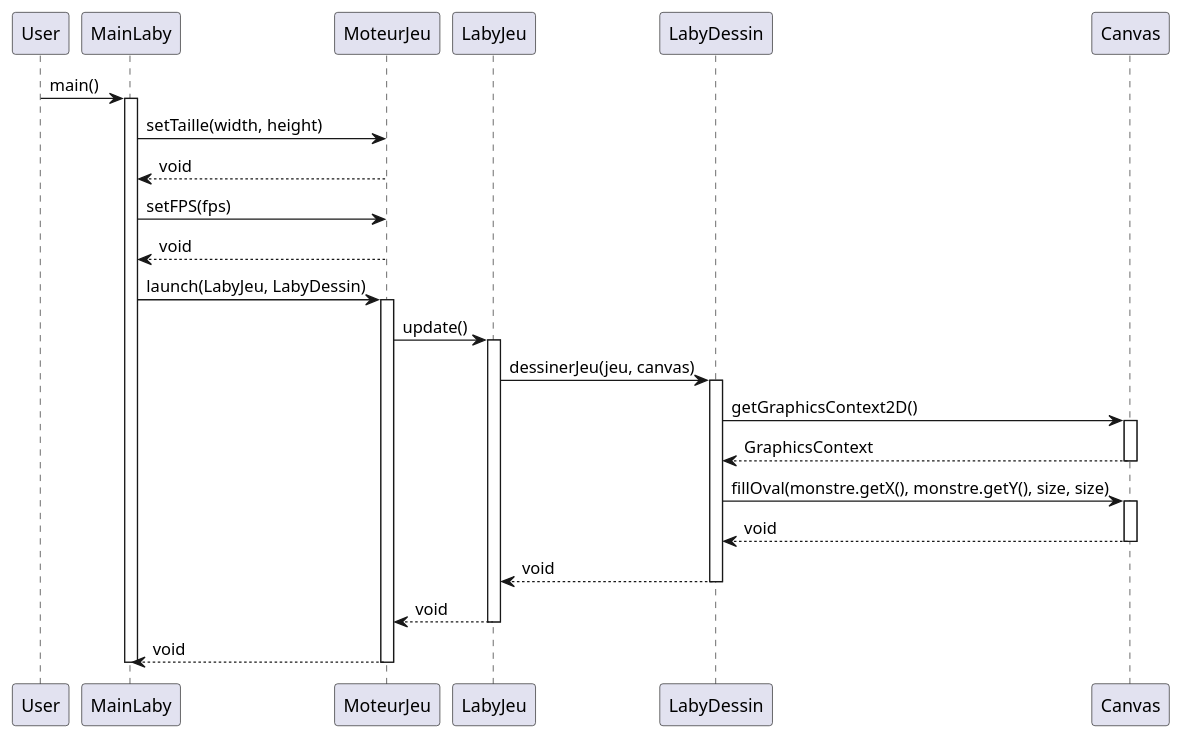
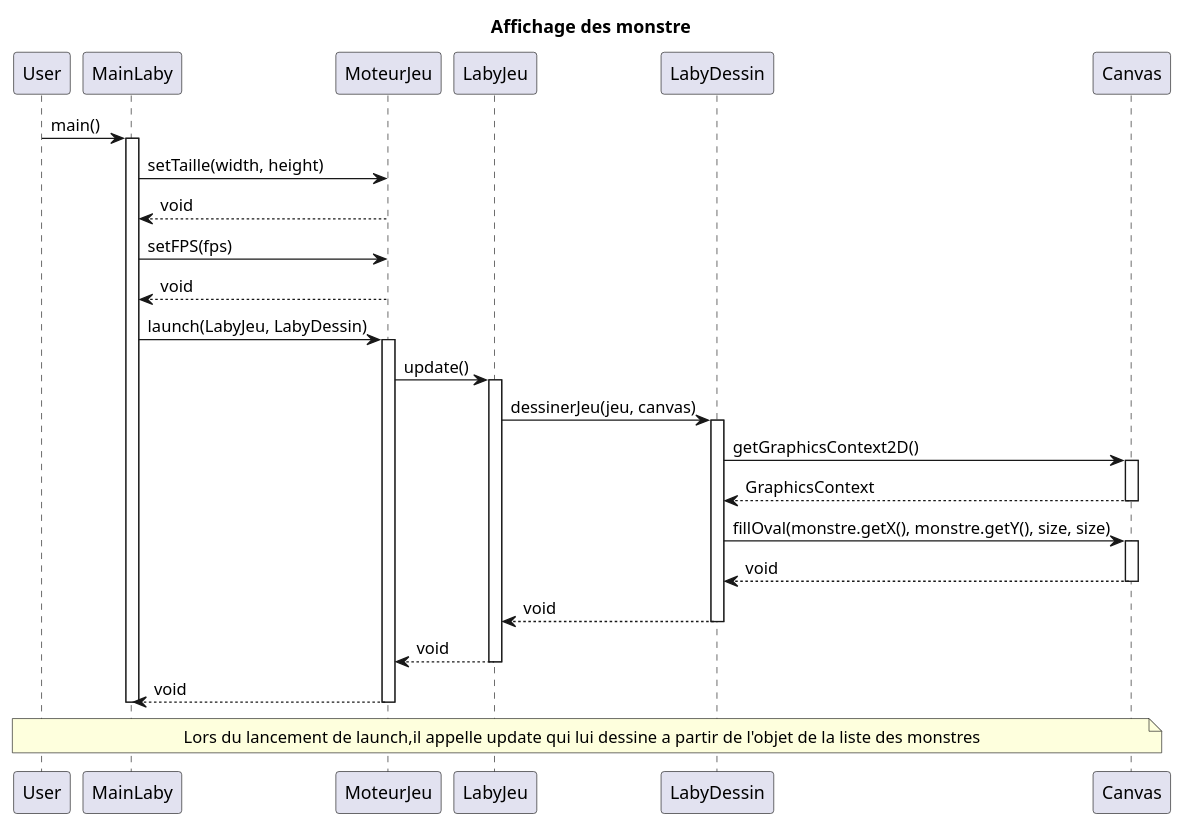
The diagram in zeldiablo/documents/version_2/diagseq_AfficheMonstre.puml (LukaSalvo/SAE2024), drawn with PlantUML before and after one commit. The commit also changed 6 other files, not shown here.

```diff
--- a/zeldiablo/documents/version_2/diagseq_AfficheMonstre.puml
+++ b/zeldiablo/documents/version_2/diagseq_AfficheMonstre.puml
@@ -1,29 +1,33 @@
 @startuml
+Title : Affichage des monstre
 User -> MainLaby: main()
 activate MainLaby
 MainLaby -> MoteurJeu: setTaille(width, height)
 MoteurJeu --> MainLaby: void
 MainLaby -> MoteurJeu: setFPS(fps)
 MoteurJeu --> MainLaby: void
 MainLaby -> MoteurJeu: launch(LabyJeu, LabyDessin)
 activate MoteurJeu
     MoteurJeu -> LabyJeu: update()
 activate LabyJeu
 LabyJeu -> LabyDessin: dessinerJeu(jeu, canvas)
 activate LabyDessin
 LabyDessin -> Canvas: getGraphicsContext2D()
 activate Canvas
 Canvas --> LabyDessin: GraphicsContext
 deactivate Canvas
 LabyDessin -> Canvas: fillOval(monstre.getX(), monstre.getY(), size, size)
 activate Canvas
 Canvas --> LabyDessin: void
 deactivate Canvas
 LabyDessin--> LabyJeu: void
 deactivate LabyDessin
 LabyJeu --> MoteurJeu: void
 deactivate LabyJeu
 MoteurJeu --> MainLaby : void
 deactivate MoteurJeu
 deactivate MainLaby
+note across
+Lors du lancement de launch,il appelle update qui lui dessine a partir de l'objet de la liste des monstres
+end note
 @enduml
```
